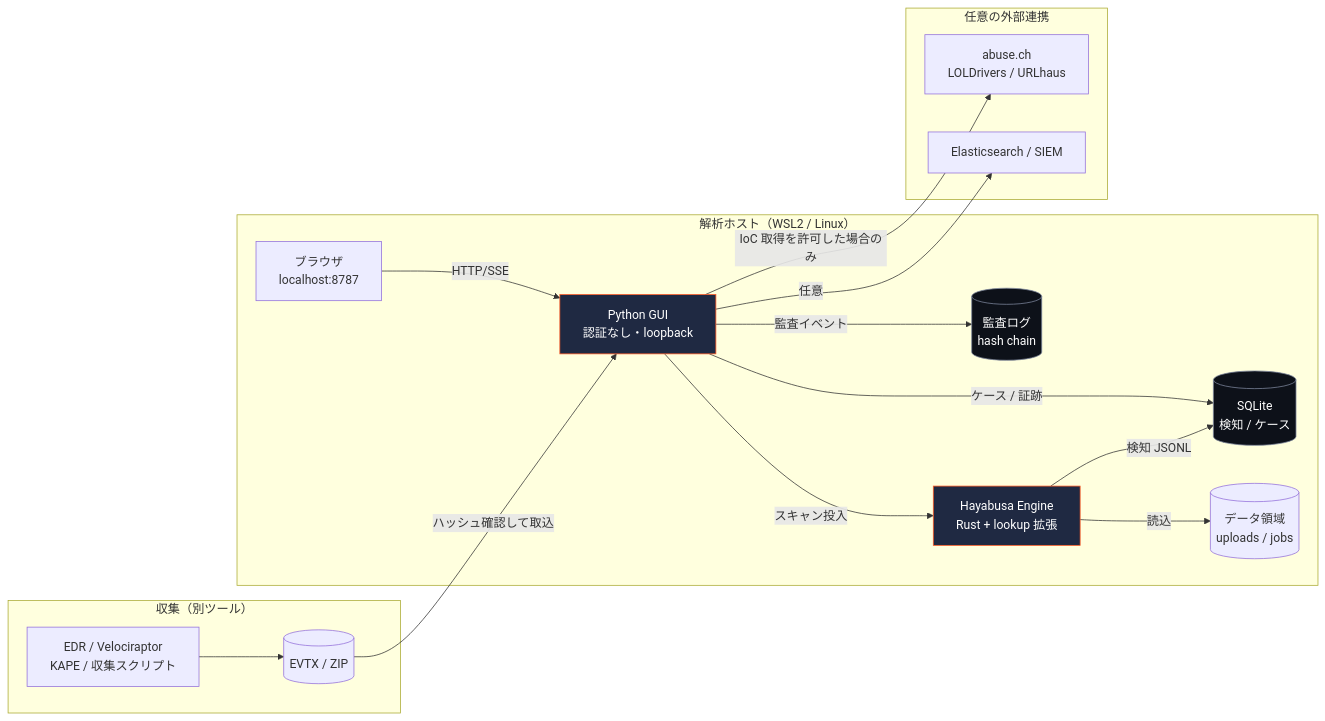
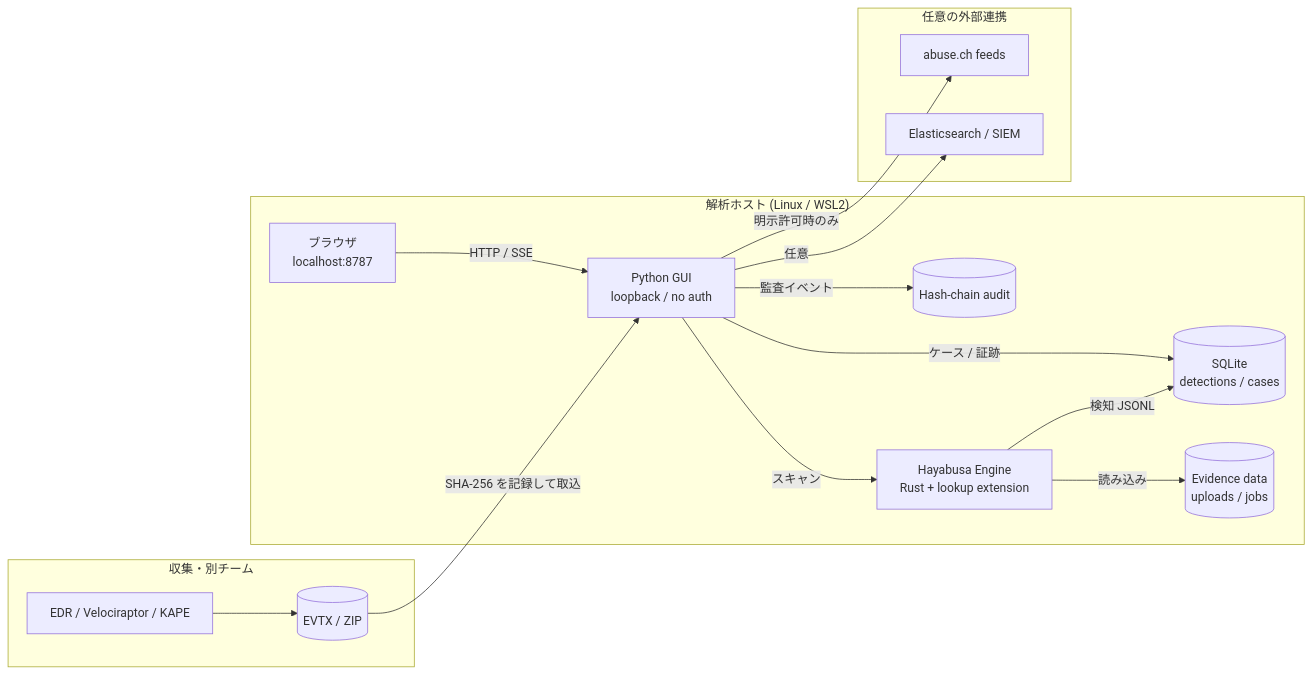
The diagram in README.md (Assy2005/hayabusa-plus), drawn with Mermaid before and after one commit. The commit also changed other lines of this file, not shown here.

````diff
--- a/README.md
+++ b/README.md
@@ -130,37 +200,32 @@
 ```mermaid
 flowchart LR
-    subgraph Collect["収集（別ツール）"]
-        EDR[EDR / Velociraptor<br/>KAPE / 収集スクリプト]
-        EVTX[(EVTX / ZIP)]
+    subgraph Collect["収集・別チーム"]
+        EDR["EDR / Velociraptor / KAPE"]
+        EVTX[("EVTX / ZIP")]
     end
 
-    subgraph Host["解析ホスト（WSL2 / Linux）"]
-        Browser[ブラウザ<br/>localhost:8787]
-        GUI[Python GUI<br/>認証なし・loopback]
-        Store[(SQLite<br/>検知 / ケース)]
-        Audit[(監査ログ<br/>hash chain)]
-        Engine[Hayabusa Engine<br/>Rust + lookup 拡張]
-        Data[(データ領域<br/>uploads / jobs)]
+    subgraph Host["解析ホスト (Linux / WSL2)"]
+        Browser["ブラウザ<br/>localhost:8787"]
+        GUI["Python GUI<br/>loopback / no auth"]
+        Store[("SQLite<br/>detections / cases")]
+        Audit[("Hash-chain audit")]
+        Engine["Hayabusa Engine<br/>Rust + lookup extension"]
+        Data[("Evidence data<br/>uploads / jobs")]
     end
 
     subgraph External["任意の外部連携"]
-        Feeds[abuse.ch<br/>LOLDrivers / URLhaus]
-        Elastic[Elasticsearch / SIEM]
+        Feeds["abuse.ch feeds"]
+        Elastic["Elasticsearch / SIEM"]
     end
 
     EDR --> EVTX
-    EVTX -->|ハッシュ確認して取込| GUI
-    Browser -->|HTTP/SSE| GUI
-    GUI -->|スキャン投入| Engine
-    Engine -->|読込| Data
+    EVTX -->|SHA-256 を記録して取込| GUI
+    Browser -->|HTTP / SSE| GUI
+    GUI -->|スキャン| Engine
+    Engine -->|読み込み| Data
     Engine -->|検知 JSONL| Store
     GUI -->|ケース / 証跡| Store
     GUI -->|監査イベント| Audit
     GUI -->|任意| Elastic
-    GUI -->|IoC 取得を許可した場合のみ| Feeds
-
-    style Engine fill:#1f2942,stroke:#ff5722,color:#fff
-    style Store fill:#0d1119,stroke:#7d869c,color:#fff
-    style Audit fill:#0d1119,stroke:#7d869c,color:#fff
-    style GUI fill:#1f2942,stroke:#ff5722,color:#fff
+    GUI -->|明示許可時のみ| Feeds
 ```
````
